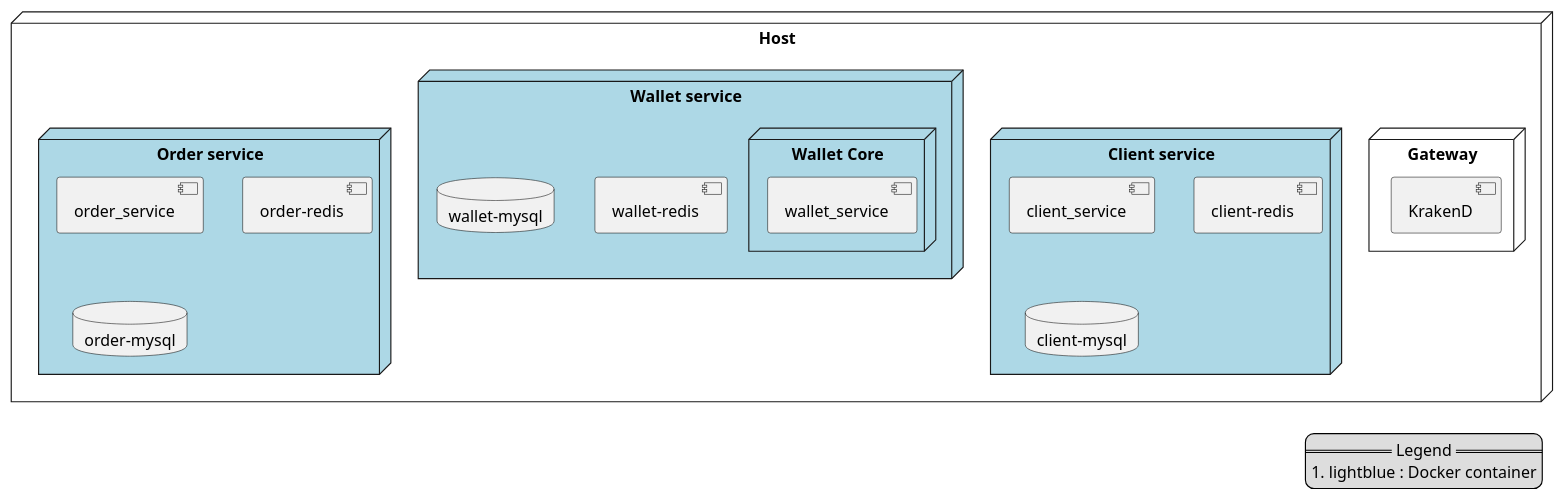
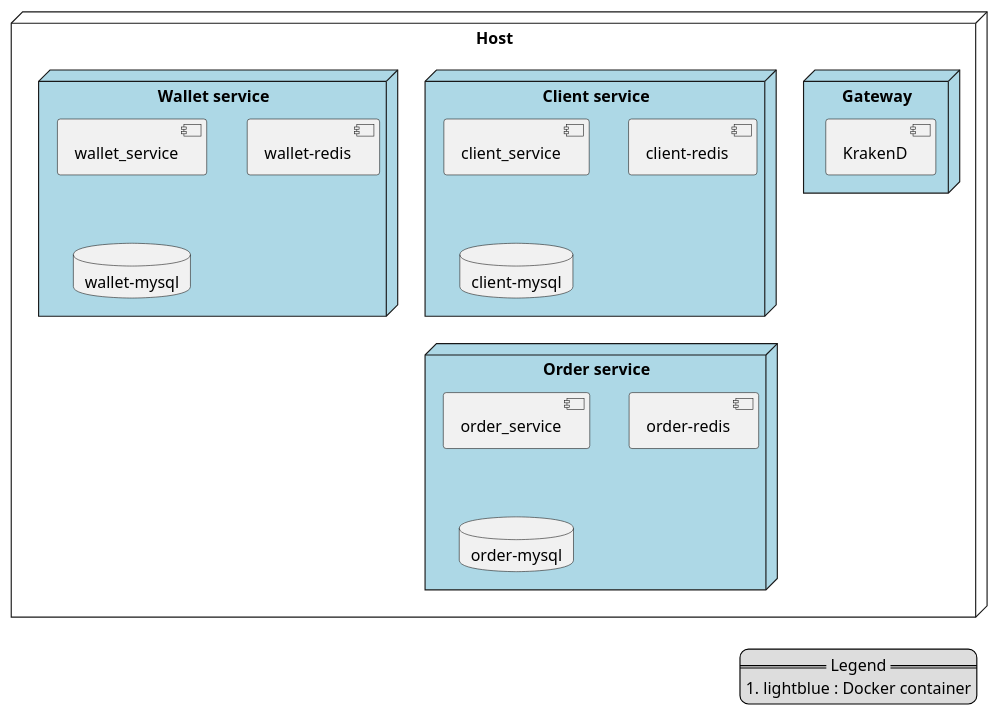
Before and after one commit to William-Lavoie/BrokerX: the diagram in documentation/phase2/views/deployment.puml, drawn with PlantUML. The commit also changed 25 other files, not shown here.

```diff
--- a/documentation/phase2/views/deployment.puml
+++ b/documentation/phase2/views/deployment.puml
@@ -1,33 +1,31 @@
 @startuml
 node "Host" {
-  node "Gateway" {
+  node "Gateway" #lightblue {
     component "KrakenD"
   }
-  
+
   node "Client service" #lightblue {
     component "client_service"
     component "client-redis"
     database "client-mysql"
   }
 
   node "Wallet service" #lightblue {
-    node "Wallet Core" {
-      component "wallet_service"
-    }
+    component "wallet_service"
     component "wallet-redis"
     database "wallet-mysql"
   }
 
   node "Order service" #lightblue {
     component "order_service"
     component "order-redis"
     database "order-mysql"
   }
 }
 
 legend right
   == Legend ==
   #lightblue : Docker container
 endlegend
 
 @enduml
```
